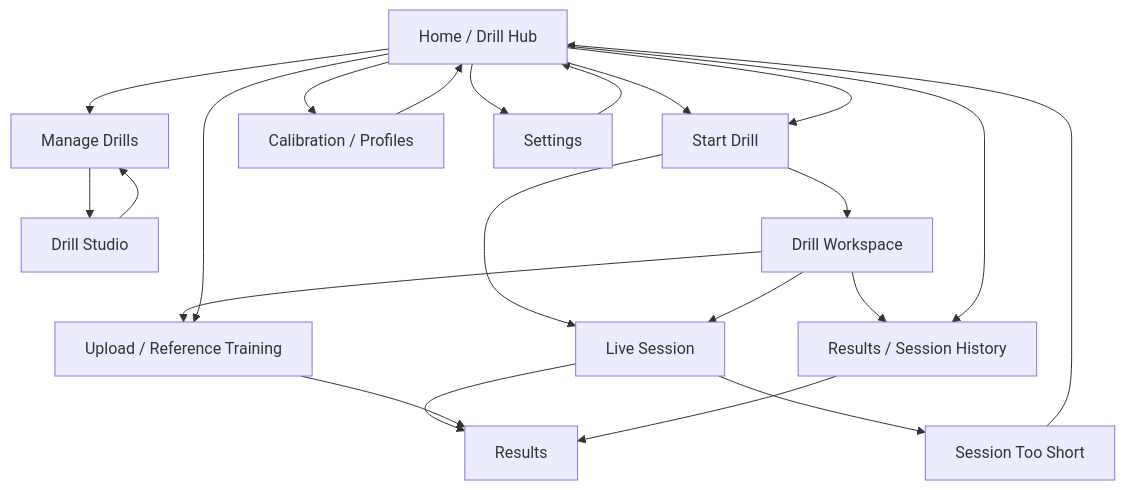
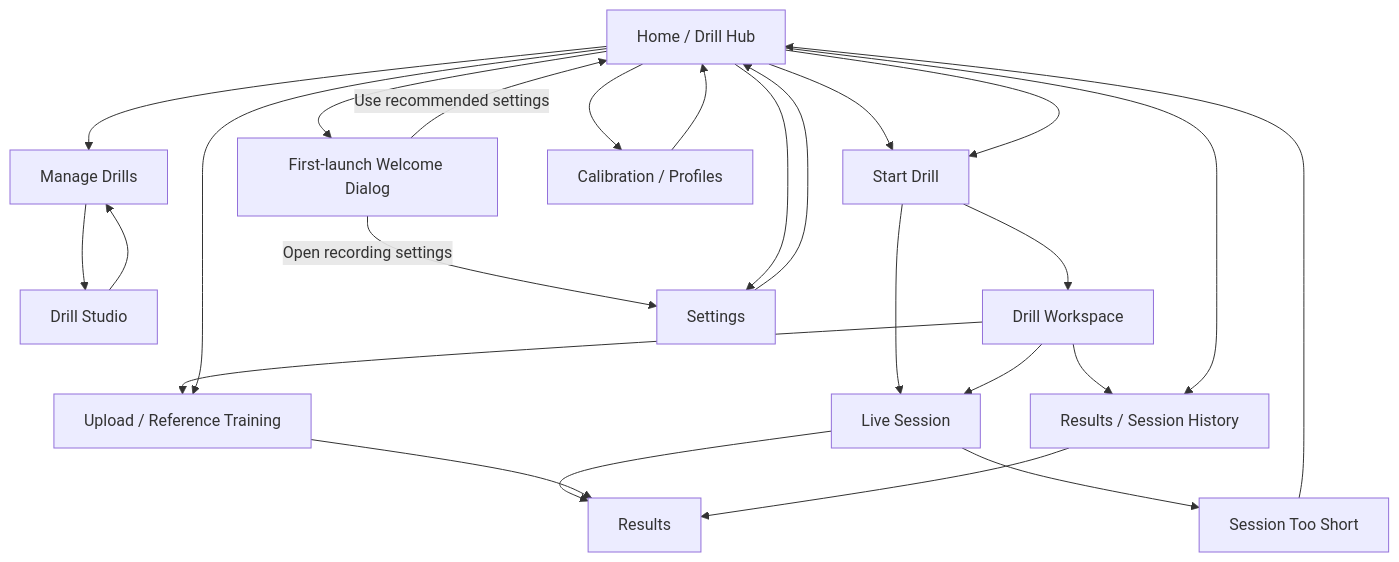
The diagram in docs/diagrams/ui-flow.md (Voycepeh/CaliVision), drawn with Mermaid before and after one commit. The commit also changed 4 other files, not shown here.

Commit message:
Simplify first-launch recording onboarding and settings clarity

````diff
--- a/docs/diagrams/ui-flow.md
+++ b/docs/diagrams/ui-flow.md
@@ -3,34 +3,39 @@
 ```mermaid
 flowchart TD
     HOME[Home / Drill Hub]
+    WELCOME[First-launch Welcome Dialog]
     START[Start Drill]
     LIVE[Live Session]
     SHORT[Session Too Short]
     RESULTS[Results]
     HISTORY[Results / Session History]
 
     MANAGE[Manage Drills]
     STUDIO[Drill Studio]
     WORKSPACE[Drill Workspace]
 
     UPLOAD[Upload / Reference Training]
     CAL[Calibration / Profiles]
     SETTINGS[Settings]
+
+    HOME --> WELCOME
+    WELCOME -->|Use recommended settings| HOME
+    WELCOME -->|Open recording settings| SETTINGS
 
     HOME --> START --> LIVE
     LIVE --> RESULTS
     LIVE --> SHORT --> HOME
 
     HOME --> MANAGE --> STUDIO --> MANAGE
     HOME --> START --> WORKSPACE
     WORKSPACE --> LIVE
     WORKSPACE --> UPLOAD
     WORKSPACE --> HISTORY
 
     HOME --> UPLOAD --> RESULTS
     HOME --> HISTORY
     HISTORY --> RESULTS
 
     HOME --> CAL --> HOME
     HOME --> SETTINGS --> HOME
 ```
````
